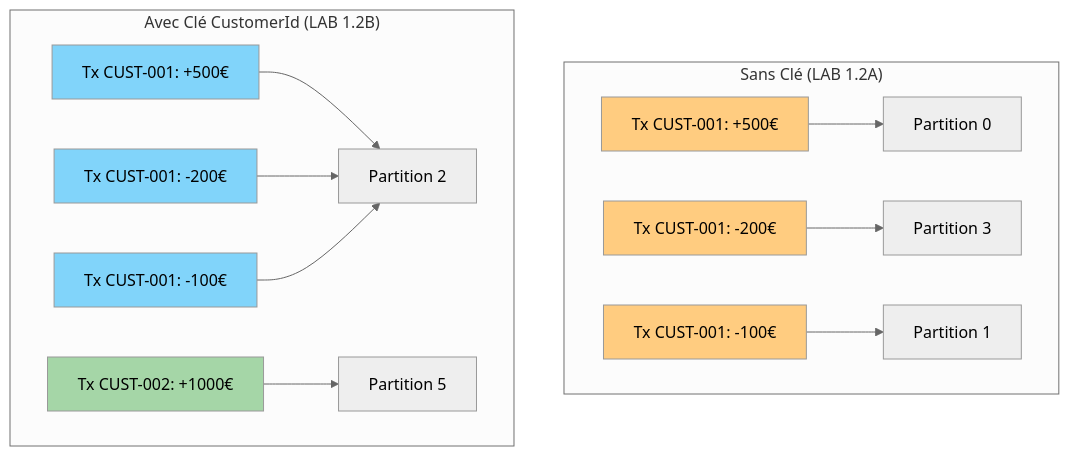
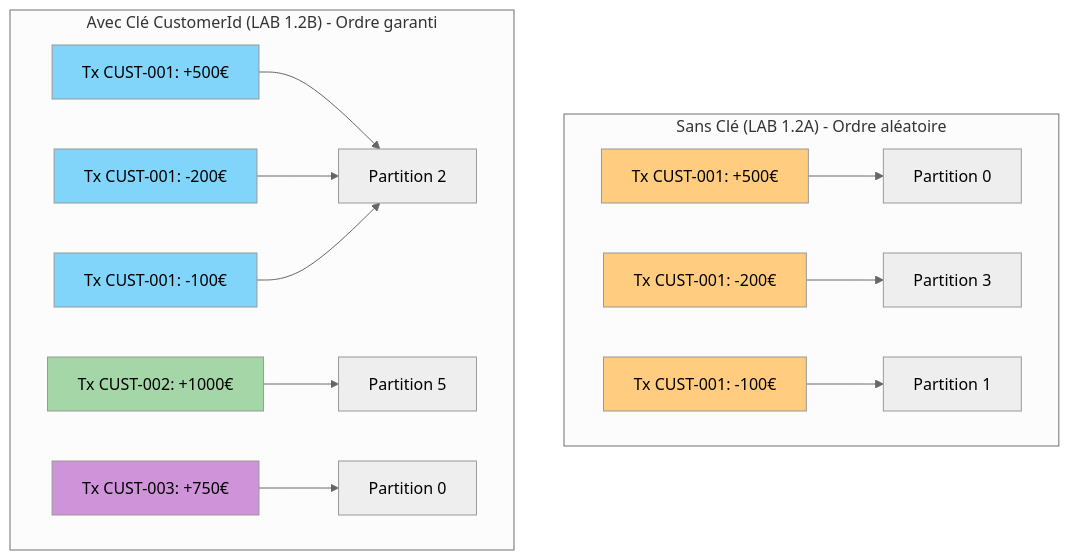
The third of 7 diagrams in day-01-foundations/module-02-producer/lab-1.2b-producer-keyed/README.md (msellamiTN/formation--kafka-dotnet), drawn with Mermaid (neutral theme) before and after one commit. The commit also changed other lines of this file, not shown here.

First line of the commit message:
feat: Enhance LAB 1.2B with e-banking context, Murmur2 partitioning diagrams, and hot partition prevention patterns

````diff
--- a/day-01-foundations/module-02-producer/lab-1.2b-producer-keyed/README.md
+++ b/day-01-foundations/module-02-producer/lab-1.2b-producer-keyed/README.md
@@ -9,23 +65,25 @@
 ```mermaid
 flowchart TB
-    subgraph "Sans Clé (LAB 1.2A)"
+    subgraph "Sans Clé (LAB 1.2A) - Ordre aléatoire"
         A1["Tx CUST-001: +500€"] --> P1["Partition 0"]
         A2["Tx CUST-001: -200€"] --> P2["Partition 3"]
         A3["Tx CUST-001: -100€"] --> P3["Partition 1"]
     end
 
-    subgraph "Avec Clé CustomerId (LAB 1.2B)"
+    subgraph "Avec Clé CustomerId (LAB 1.2B) - Ordre garanti"
         B1["Tx CUST-001: +500€"] --> Q1["Partition 2"]
         B2["Tx CUST-001: -200€"] --> Q1
         B3["Tx CUST-001: -100€"] --> Q1
         B4["Tx CUST-002: +1000€"] --> Q2["Partition 5"]
+        B5["Tx CUST-003: +750€"] --> Q3["Partition 0"]
     end
 
     style A1 fill:#ffcc80
     style A2 fill:#ffcc80
     style A3 fill:#ffcc80
     style B1 fill:#81d4fa
     style B2 fill:#81d4fa
     style B3 fill:#81d4fa
     style B4 fill:#a5d6a7
+    style B5 fill:#ce93d8
 ```
````
